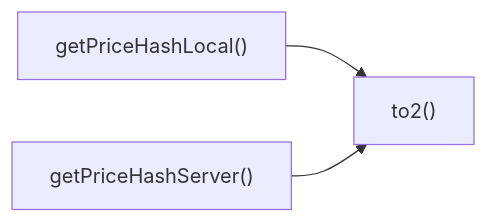
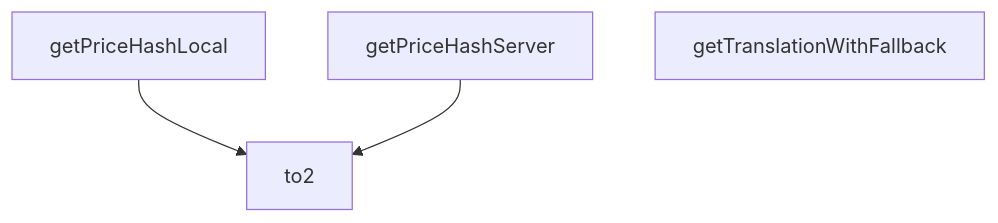
The diagram in src/utils/checkoutHelpers.md (peckop/venthub-hvac-esite), drawn with Mermaid before and after one commit. The commit also changed other lines of this file and 488 other files, not shown here.

````diff
--- a/src/utils/checkoutHelpers.md
+++ b/src/utils/checkoutHelpers.md
@@ -120,5 +111,9 @@
 ```mermaid
-graph LR
-    getPriceHashLocal["getPriceHashLocal()"] --> to2["to2()"]
-    getPriceHashServer["getPriceHashServer()"] --> to2["to2()"]
+graph TD
+    checkoutHelpers_ts__getPriceHashLocal["getPriceHashLocal"]
+    checkoutHelpers_ts__getPriceHashServer["getPriceHashServer"]
+    checkoutHelpers_ts__getTranslationWithFallback["getTranslationWithFallback"]
+    checkoutHelpers_ts__to2["to2"]
+    checkoutHelpers_ts__getPriceHashLocal --> checkoutHelpers_ts__to2
+    checkoutHelpers_ts__getPriceHashServer --> checkoutHelpers_ts__to2
 ```
````
